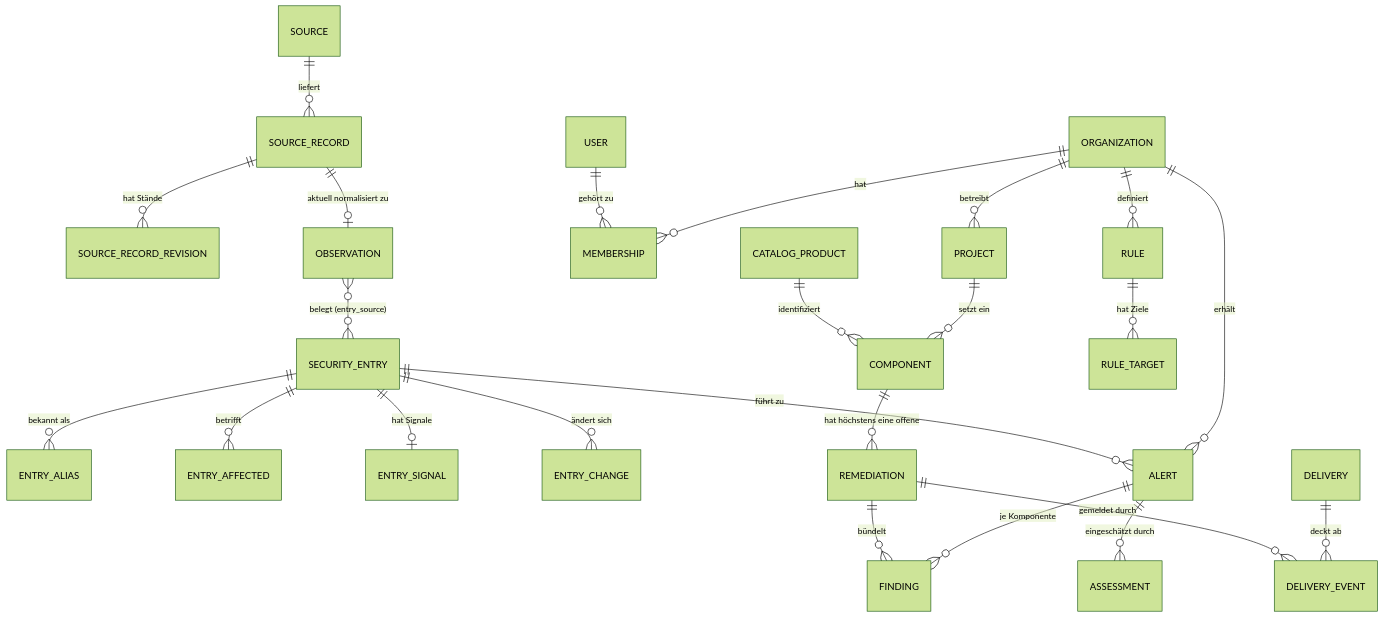
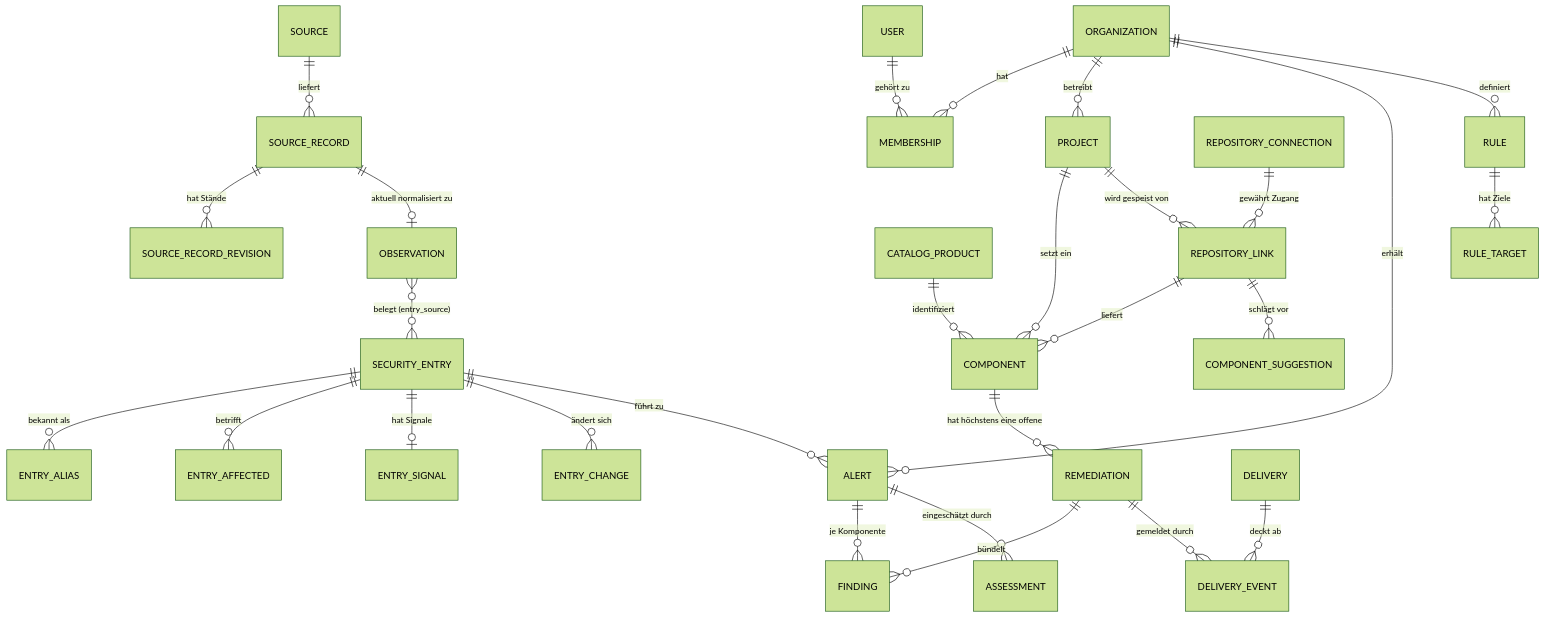
One commit to NicoM77/Ardea changed the diagram in docs/masterplan/04-datenmodell.md. Above: the diagram before and after it, drawn with Mermaid (forest theme). The commit also changed other lines of this file and 17 other files, not shown here.

````diff
--- a/docs/masterplan/04-datenmodell.md
+++ b/docs/masterplan/04-datenmodell.md
@@ -19,29 +19,33 @@
 ```mermaid
 erDiagram
   SOURCE ||--o{ SOURCE_RECORD : liefert
   SOURCE_RECORD ||--o{ SOURCE_RECORD_REVISION : "hat Stände"
   SOURCE_RECORD ||--o| OBSERVATION : "aktuell normalisiert zu"
   OBSERVATION }o--o{ SECURITY_ENTRY : "belegt (entry_source)"
   SECURITY_ENTRY ||--o{ ENTRY_ALIAS : "bekannt als"
   SECURITY_ENTRY ||--o{ ENTRY_AFFECTED : betrifft
   SECURITY_ENTRY ||--o| ENTRY_SIGNAL : "hat Signale"
   SECURITY_ENTRY ||--o{ ENTRY_CHANGE : "ändert sich"
 
   ORGANIZATION ||--o{ MEMBERSHIP : hat
   USER ||--o{ MEMBERSHIP : "gehört zu"
   ORGANIZATION ||--o{ PROJECT : betreibt
   PROJECT ||--o{ COMPONENT : "setzt ein"
   CATALOG_PRODUCT ||--o{ COMPONENT : identifiziert
+  REPOSITORY_CONNECTION ||--o{ REPOSITORY_LINK : "gewährt Zugang"
+  PROJECT ||--o{ REPOSITORY_LINK : "wird gespeist von"
+  REPOSITORY_LINK ||--o{ COMPONENT : "liefert"
+  REPOSITORY_LINK ||--o{ COMPONENT_SUGGESTION : "schlägt vor"
 
   ORGANIZATION ||--o{ ALERT : erhält
   SECURITY_ENTRY ||--o{ ALERT : "führt zu"
   ALERT ||--o{ FINDING : "je Komponente"
   COMPONENT ||--o{ REMEDIATION : "hat höchstens eine offene"
   REMEDIATION ||--o{ FINDING : bündelt
   ALERT ||--o{ ASSESSMENT : "eingeschätzt durch"
 
   ORGANIZATION ||--o{ RULE : definiert
   RULE ||--o{ RULE_TARGET : "hat Ziele"
   DELIVERY ||--o{ DELIVERY_EVENT : "deckt ab"
   REMEDIATION ||--o{ DELIVERY_EVENT : "gemeldet durch"
 ```
````
